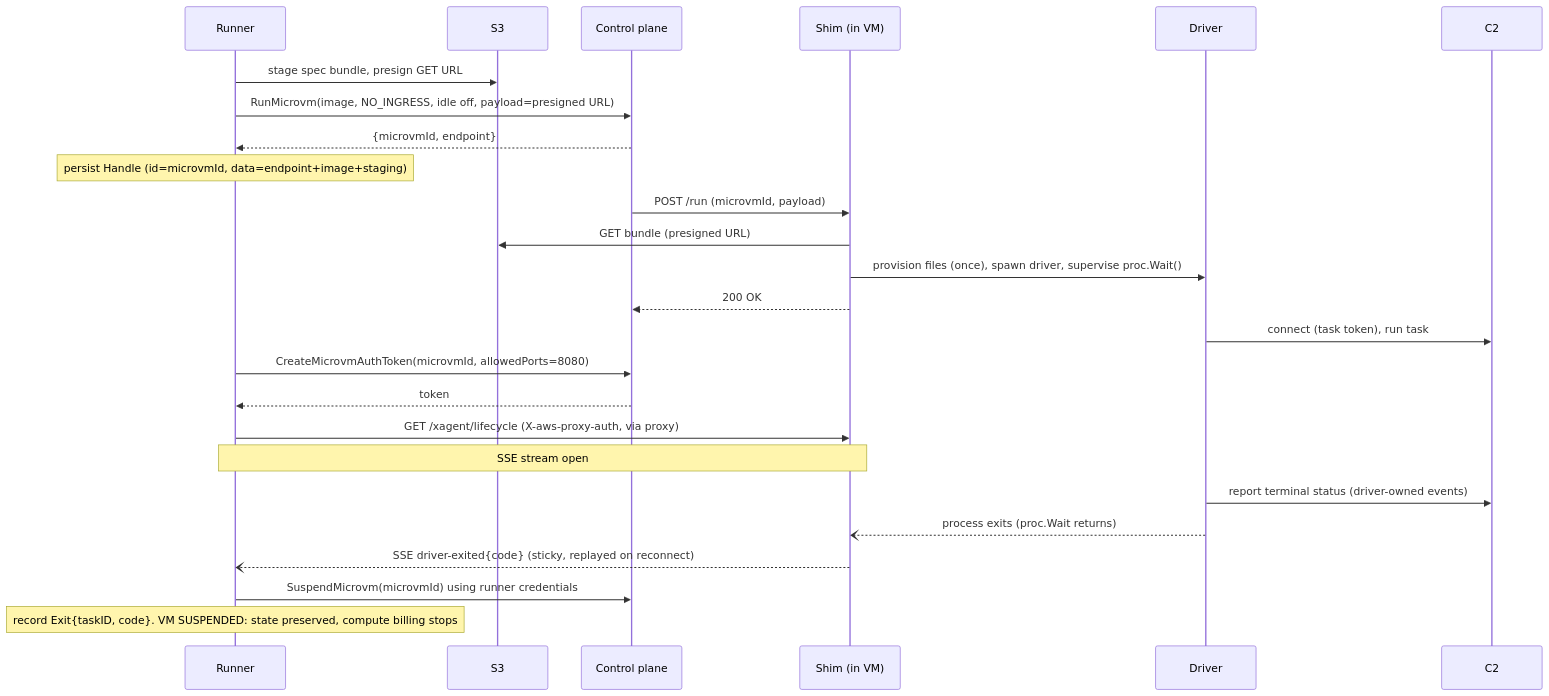
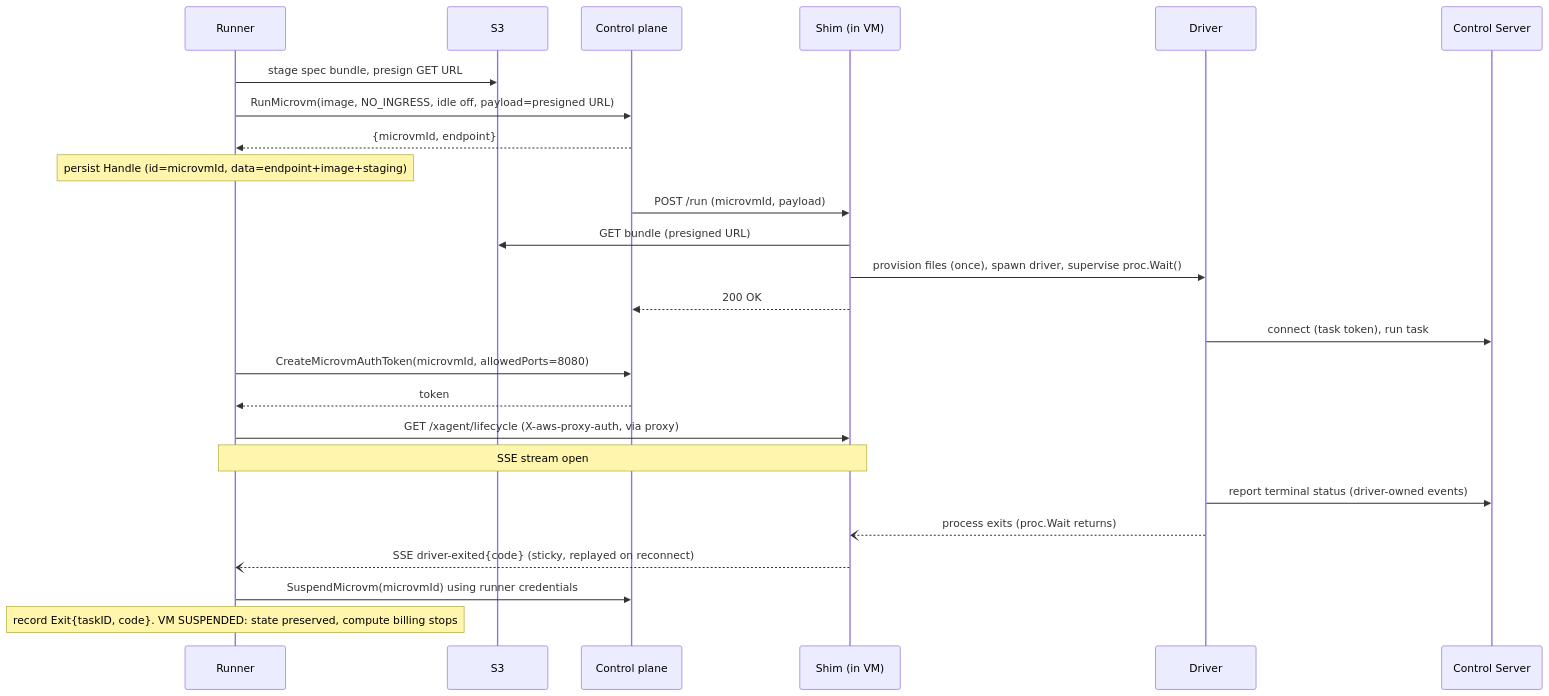
Before and after one commit to icholy/xagent: the first of 4 diagrams in proposals/draft/lambda-microvm-backend.md, drawn with Mermaid. The commit also changed other lines of this file and 32 other files, not shown here.

````diff
--- a/proposals/draft/lambda-microvm-backend.md
+++ b/proposals/draft/lambda-microvm-backend.md
@@ -274,30 +274,30 @@
 ```mermaid
 sequenceDiagram
     participant R as Runner
     participant S3
     participant CP as Control plane
     participant Shim as Shim (in VM)
     participant Drv as Driver
-    participant C2
+    participant Server as Control Server
 
     R->>S3: stage spec bundle, presign GET URL
     R->>CP: RunMicrovm(image, NO_INGRESS, idle off, payload=presigned URL)
     CP-->>R: {microvmId, endpoint}
     Note over R: persist Handle (id=microvmId, data=endpoint+image+staging)
     CP->>Shim: POST /run (microvmId, payload)
     Shim->>S3: GET bundle (presigned URL)
     Shim->>Drv: provision files (once), spawn driver, supervise proc.Wait()
     Shim-->>CP: 200 OK
-    Drv->>C2: connect (task token), run task
+    Drv->>Server: connect (task token), run task
 
     R->>CP: CreateMicrovmAuthToken(microvmId, allowedPorts=8080)
     CP-->>R: token
     R->>Shim: GET /xagent/lifecycle (X-aws-proxy-auth, via proxy)
     Note over R,Shim: SSE stream open
 
-    Drv->>C2: report terminal status (driver-owned events)
+    Drv->>Server: report terminal status (driver-owned events)
     Drv--)Shim: process exits (proc.Wait returns)
     Shim--)R: SSE driver-exited{code} (sticky, replayed on reconnect)
     R->>CP: SuspendMicrovm(microvmId) using runner credentials
     Note over R: record Exit{taskID, code}. VM SUSPENDED: state preserved, compute billing stops
 ```
````
